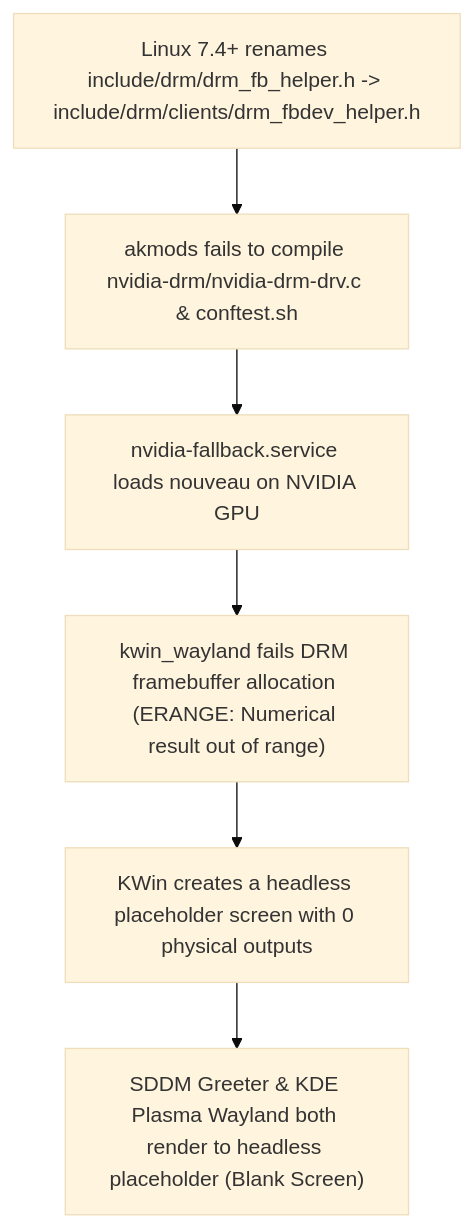
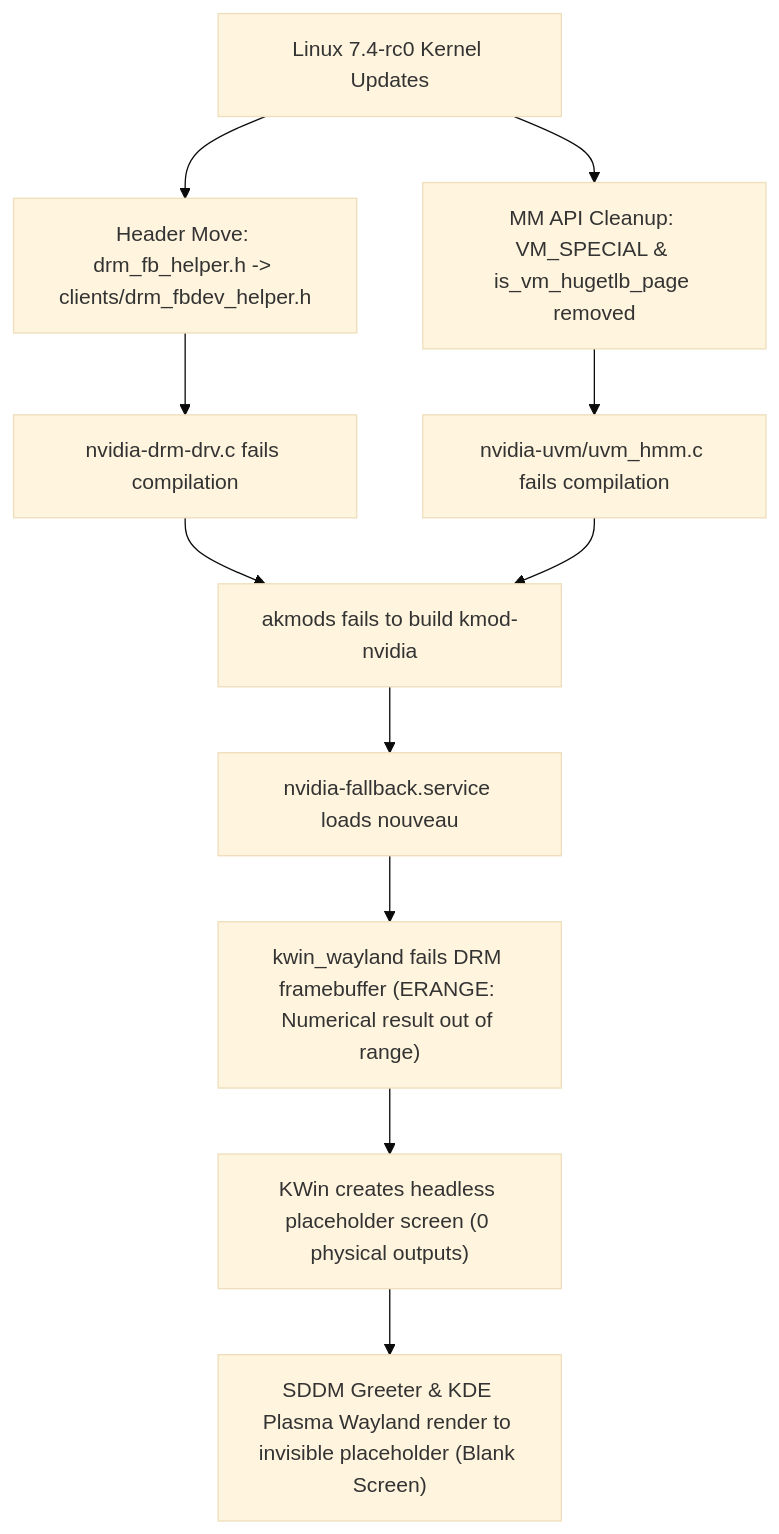
The diagram in README.md (Heretek-AI/fedora-nvidia-kernel-7.4-fix), drawn with Mermaid (base theme) before and after one commit. The commit also changed other lines of this file and 4 other files, not shown here.

First line of the commit message:
Support Linux 7.4.0-0.rc0.261028+ (VM_SPECIAL and hugetlb fixes)

````diff
--- a/README.md
+++ b/README.md
@@ -34,8 +44,13 @@
 ```mermaid
 flowchart TD
-    A["Linux 7.4+ renames include/drm/drm_fb_helper.h -> include/drm/clients/drm_fbdev_helper.h"] --> B["akmods fails to compile nvidia-drm/nvidia-drm-drv.c & conftest.sh"]
-    B --> C["nvidia-fallback.service loads nouveau on NVIDIA GPU"]
-    C --> D["kwin_wayland fails DRM framebuffer allocation (ERANGE: Numerical result out of range)"]
-    D --> E["KWin creates a headless placeholder screen with 0 physical outputs"]
-    E --> F["SDDM Greeter & KDE Plasma Wayland both render to headless placeholder (Blank Screen)"]
+    A["Linux 7.4-rc0 Kernel Updates"] --> B["Header Move: drm_fb_helper.h -> clients/drm_fbdev_helper.h"]
+    A --> C["MM API Cleanup: VM_SPECIAL & is_vm_hugetlb_page removed"]
+    B --> D["nvidia-drm-drv.c fails compilation"]
+    C --> E["nvidia-uvm/uvm_hmm.c fails compilation"]
+    D --> F["akmods fails to build kmod-nvidia"]
+    E --> F
+    F --> G["nvidia-fallback.service loads nouveau"]
+    G --> H["kwin_wayland fails DRM framebuffer (ERANGE: Numerical result out of range)"]
+    H --> I["KWin creates headless placeholder screen (0 physical outputs)"]
+    I --> J["SDDM Greeter & KDE Plasma Wayland render to invisible placeholder (Blank Screen)"]
 ```
````
